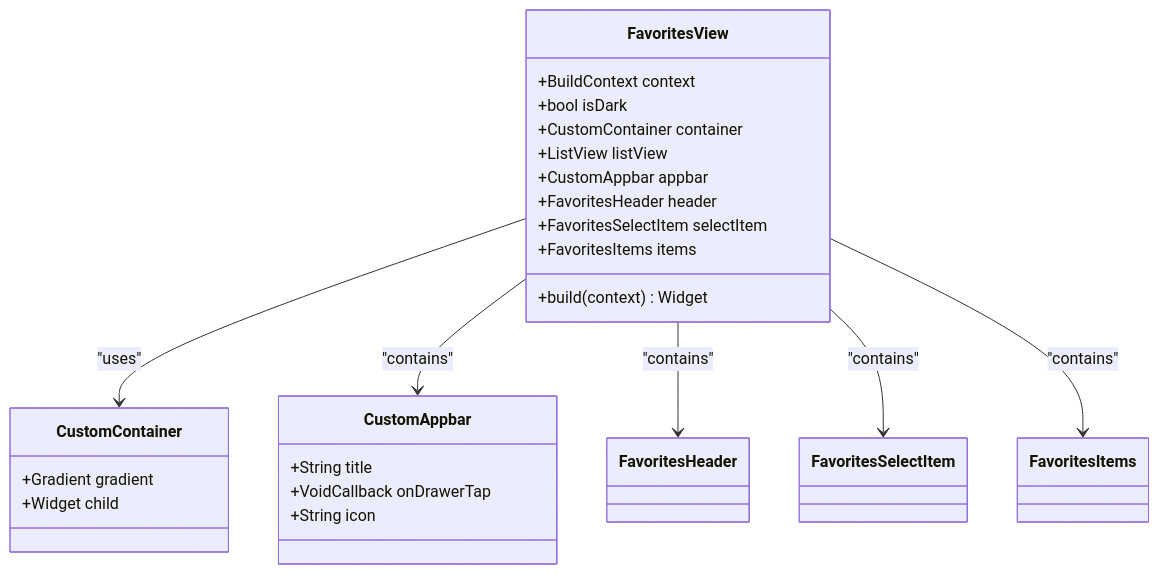
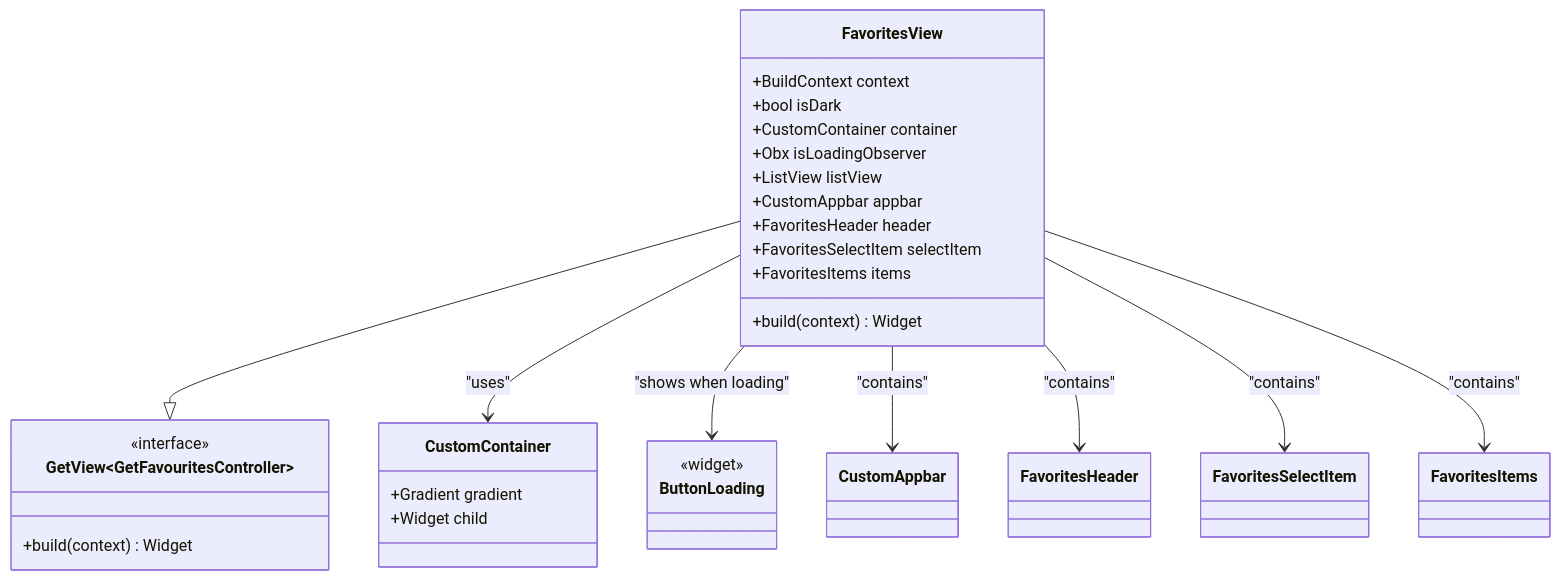
Before and after one commit to Ariful3111/FurniGo: the third of 14 diagrams in .qoder/repowiki/en/content/Core Features/Favorites Module.md, drawn with Mermaid. The commit also changed other lines of this file and 67 other files, not shown here.

````diff
--- a/.qoder/repowiki/en/content/Core Features/Favorites Module.md
+++ b/.qoder/repowiki/en/content/Core Features/Favorites Module.md
@@ -218,28 +245,33 @@
 ```mermaid
 classDiagram
 class FavoritesView {
 +BuildContext context
 +bool isDark
 +build(context) Widget
 +CustomContainer container
++Obx isLoadingObserver
 +ListView listView
 +CustomAppbar appbar
 +FavoritesHeader header
 +FavoritesSelectItem selectItem
 +FavoritesItems items
 }
+class GetView~GetFavouritesController~ {
+<<interface>>
++build(context) Widget
+}
 class CustomContainer {
 +Gradient gradient
 +Widget child
 }
-class CustomAppbar {
-+String title
-+VoidCallback onDrawerTap
-+String icon
+class ButtonLoading {
+<<widget>>
 }
+FavoritesView --|> GetView~GetFavouritesController~
 FavoritesView --> CustomContainer : "uses"
+FavoritesView --> ButtonLoading : "shows when loading"
 FavoritesView --> CustomAppbar : "contains"
 FavoritesView --> FavoritesHeader : "contains"
 FavoritesView --> FavoritesSelectItem : "contains"
 FavoritesView --> FavoritesItems : "contains"
 ```
````
